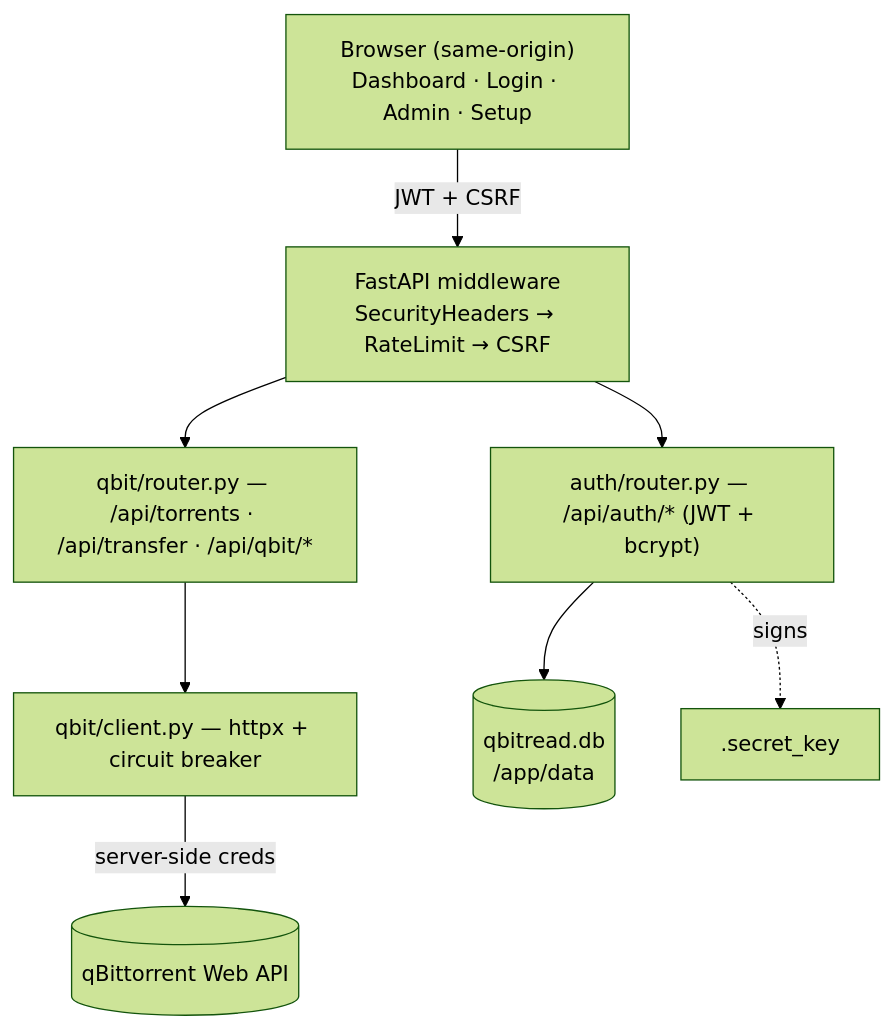
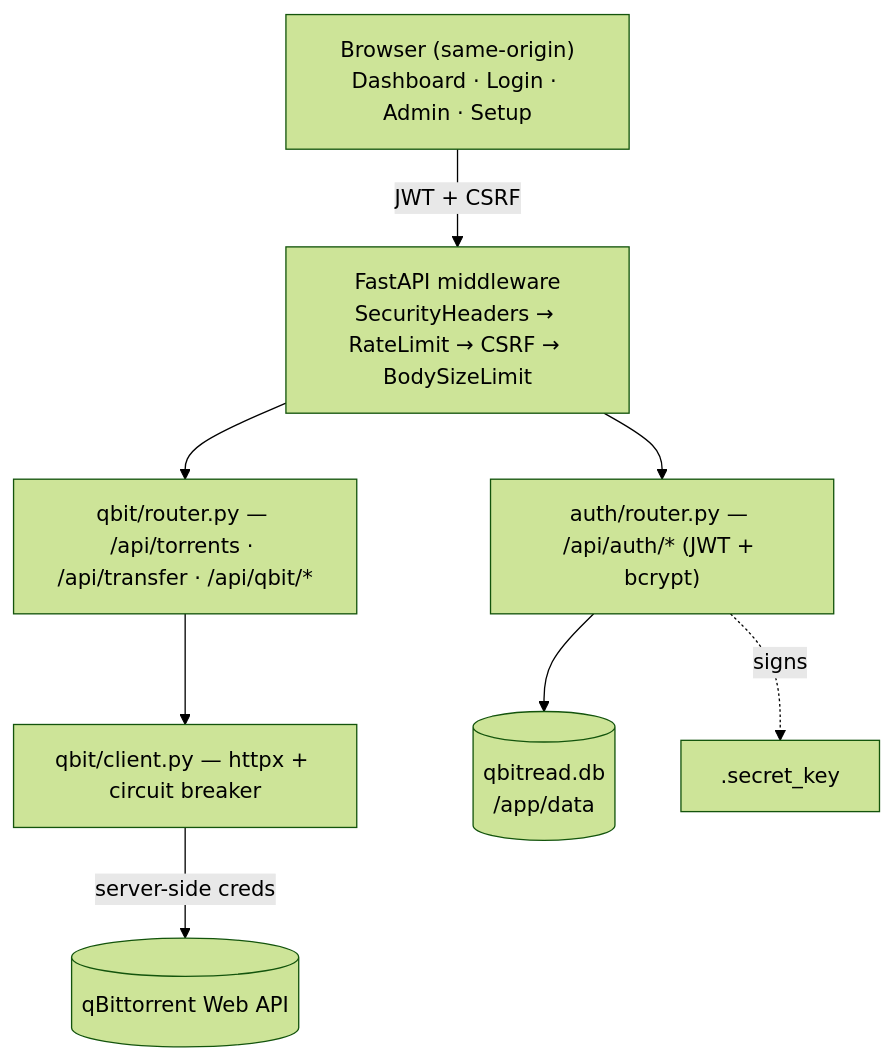
The diagram in README.md (JakeWard98/qbitread), drawn with Mermaid (forest theme) before and after one commit. The commit also changed 8 other files, not shown here.

First line of the commit message:
fix(security): 2026-11-23 audit — slow-reader body release, multi-line XFF, root_path-safe CSRF/rate-limit matching (#85)

````diff
--- a/README.md
+++ b/README.md
@@ -54,19 +54,19 @@
 ```mermaid
 flowchart TB
     UI["Browser (same-origin)<br/>Dashboard · Login · Admin · Setup"]
-    MW["FastAPI middleware<br/>SecurityHeaders → RateLimit → CSRF"]
+    MW["FastAPI middleware<br/>SecurityHeaders → RateLimit → CSRF → BodySizeLimit"]
     AuthR["auth/router.py — /api/auth/* (JWT + bcrypt)"]
     QbitR["qbit/router.py — /api/torrents · /api/transfer · /api/qbit/*"]
     Client["qbit/client.py — httpx + circuit breaker"]
     DB[("qbitread.db<br/>/app/data")]
     Key[".secret_key"]
     Qbit[("qBittorrent Web API")]
 
     UI -- "JWT + CSRF" --> MW
     MW --> AuthR
     MW --> QbitR
     AuthR --> DB
     AuthR -. signs .-> Key
     QbitR --> Client
     Client -- "server-side creds" --> Qbit
 ```
````
